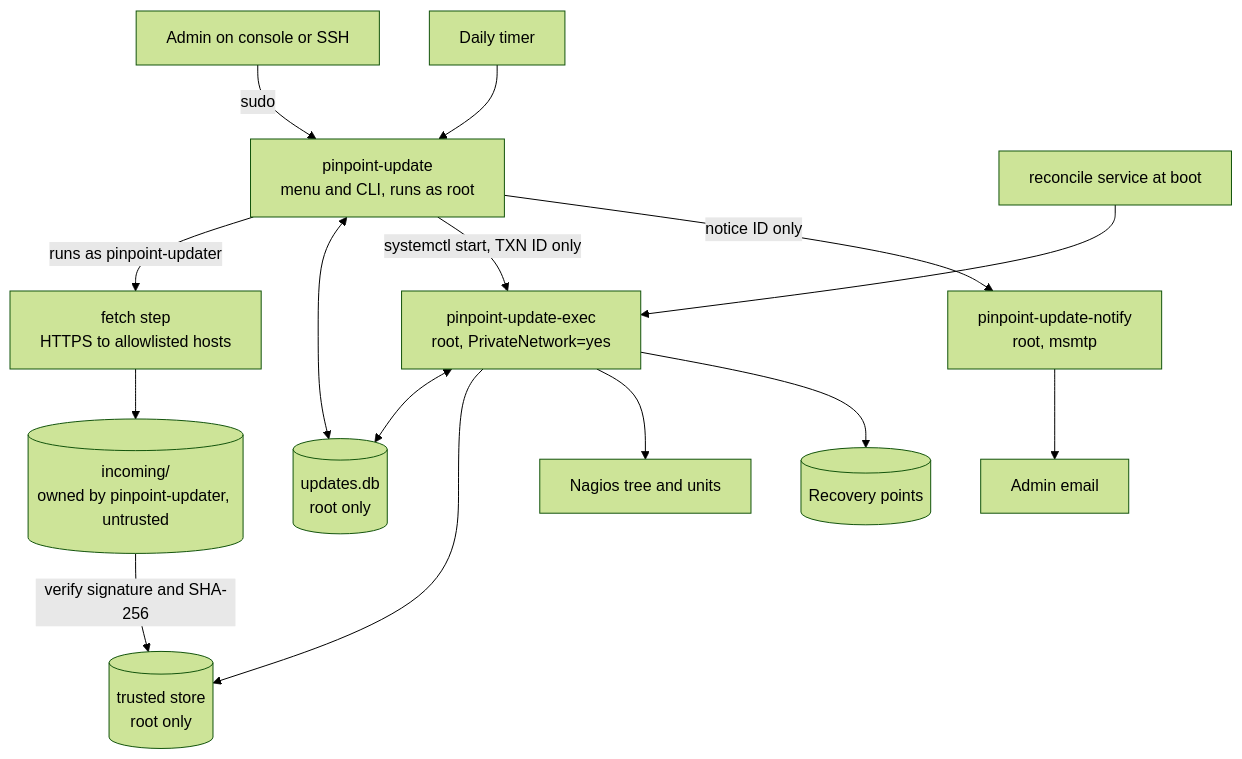
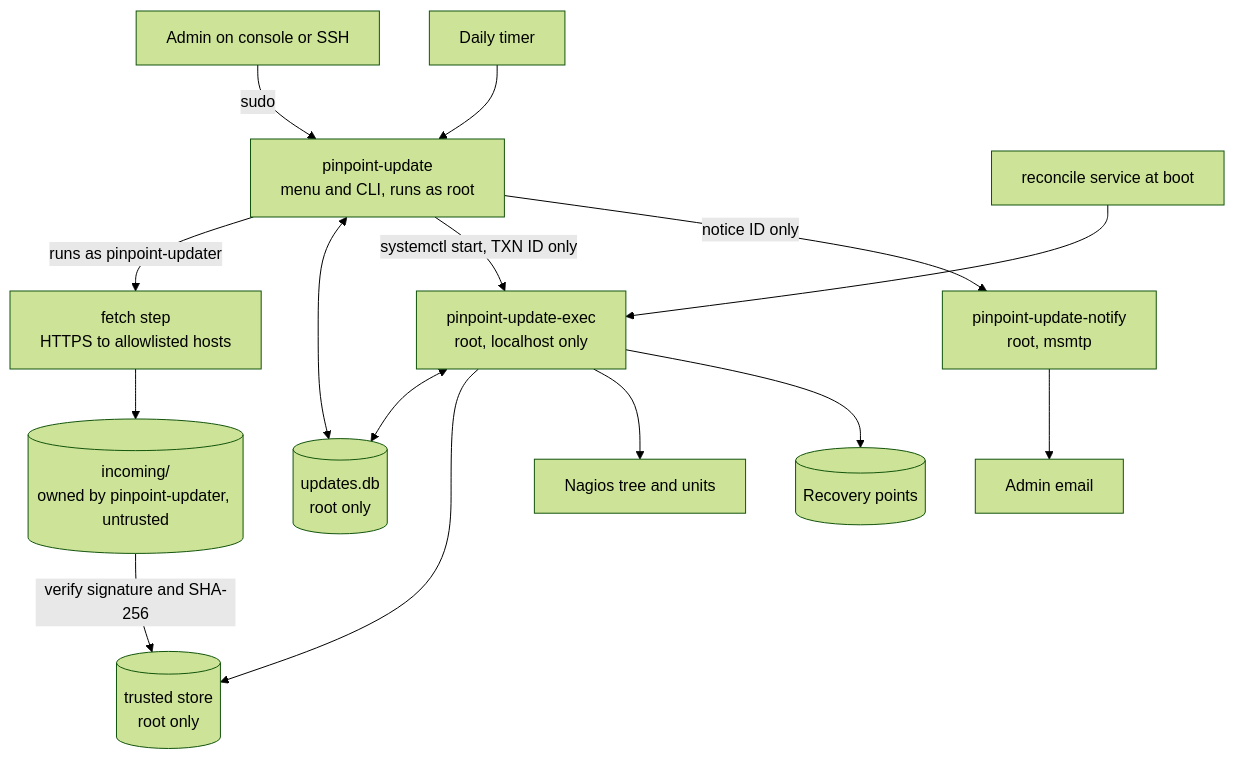
The second of 9 diagrams in docs/University-Maintenance-and-Updates-Plan.md (lorraine-pangilinan/PinPoint-Installer), drawn with Mermaid (forest theme) before and after one commit. The commit also changed other lines of this file and 9 other files, not shown here.

````diff
--- a/docs/University-Maintenance-and-Updates-Plan.md
+++ b/docs/University-Maintenance-and-Updates-Plan.md
@@ -158,17 +158,17 @@
 ```mermaid
 flowchart TB
     ADM["Admin on console or SSH"] -->|sudo| CTL["pinpoint-update<br/>menu and CLI, runs as root"]
     TIMER["Daily timer"] --> CTL
     CTL -->|"runs as pinpoint-updater"| FETCH["fetch step<br/>HTTPS to allowlisted hosts"]
     FETCH --> INC[("incoming/<br/>owned by pinpoint-updater, untrusted")]
     INC -->|"verify signature and SHA-256"| STORE[("trusted store<br/>root only")]
     CTL <--> DB[("updates.db<br/>root only")]
-    CTL -->|"systemctl start, TXN ID only"| EXEC["pinpoint-update-exec<br/>root, PrivateNetwork=yes"]
+    CTL -->|"systemctl start, TXN ID only"| EXEC["pinpoint-update-exec<br/>root, localhost only"]
     EXEC <--> DB
     EXEC --> STORE
     EXEC --> NAG["Nagios tree and units"]
     EXEC --> RP[("Recovery points")]
     BOOT["reconcile service at boot"] --> EXEC
     CTL -->|"notice ID only"| NOTIFY["pinpoint-update-notify<br/>root, msmtp"]
     NOTIFY --> MAIL["Admin email"]
 ```
````
